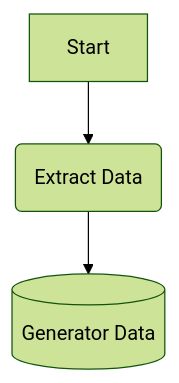
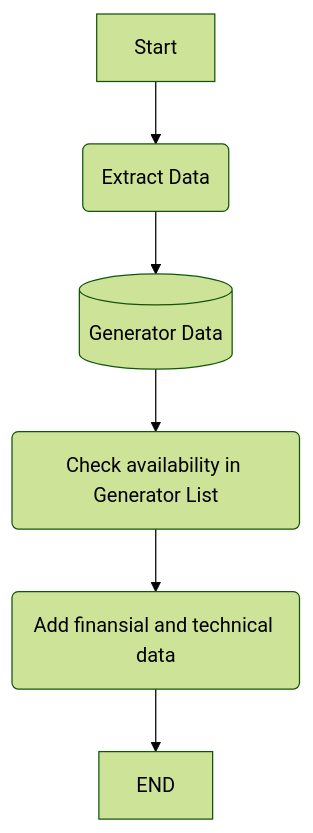
Before and after one commit to thiofahr/RUPTL-Data: the first of 2 diagrams in PowerPlant/Readme.md, drawn with Mermaid (forest theme).

````diff
--- a/PowerPlant/Readme.md
+++ b/PowerPlant/Readme.md
@@ -1,6 +1,9 @@
 ```mermaid 
 flowchart TD
 
     A[Start] -->B(Extract Data)
     B --> C[(Generator Data)]
+    C --> D(Check availability in Generator List)
+    D --> E(Add finansial and technical data)
+    E --> F[END]
 ```
````
